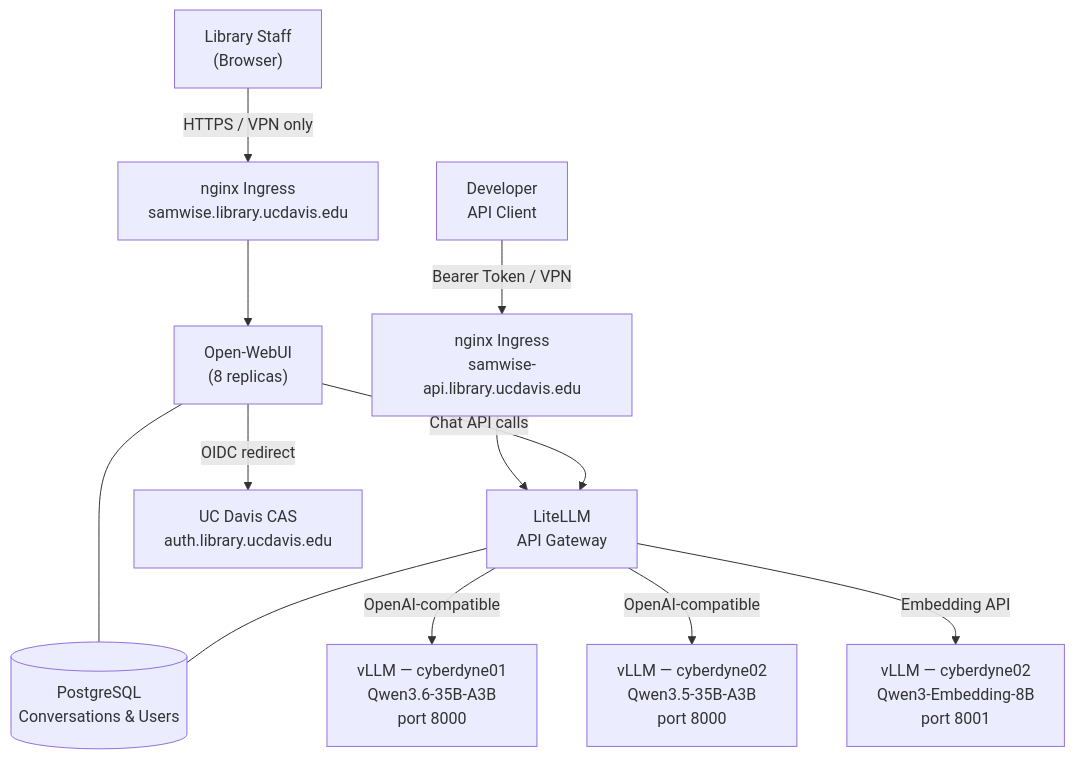
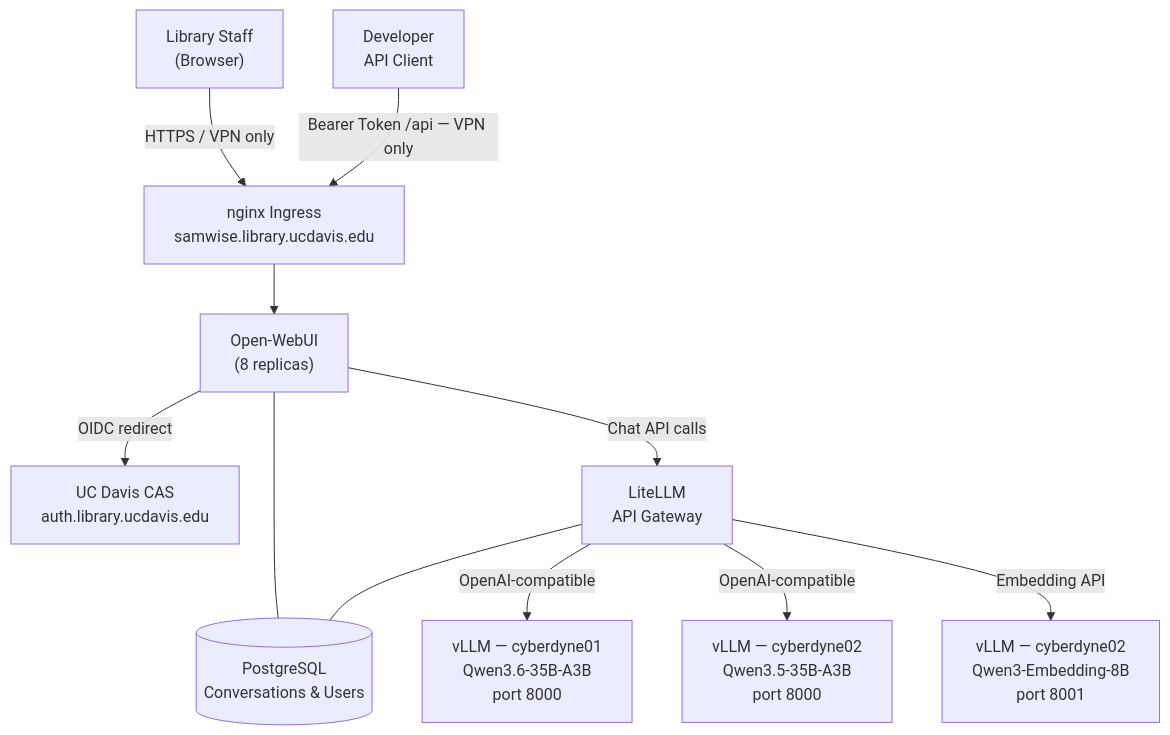
One commit to ucd-library/samwise changed the first of 4 diagrams in README.md. Above: the diagram before and after it, drawn with Mermaid. The commit also changed 2 other files, not shown here.

Commit message:
open webui and litellm deployment updates

````diff
--- a/README.md
+++ b/README.md
@@ -62,17 +62,16 @@
 ```mermaid
 graph TD
-  Staff["Library Staff\n(Browser)"] -->|HTTPS / VPN only| OWUI_Ingress["nginx Ingress\nsamwise.library.ucdavis.edu"]
-  DevClient["Developer\nAPI Client"] -->|Bearer Token / VPN| LiteLLM_Ingress["nginx Ingress\nsamwise-api.library.ucdavis.edu"]
+  Staff["Library Staff\n(Browser)"] -->|HTTPS / VPN only| Ingress["nginx Ingress\nsamwise.library.ucdavis.edu"]
+  DevClient["Developer\nAPI Client"] -->|Bearer Token /api — VPN only| Ingress
 
-  OWUI_Ingress --> OpenWebUI["Open-WebUI\n(8 replicas)"]
-  LiteLLM_Ingress --> LiteLLM
+  Ingress --> OpenWebUI["Open-WebUI\n(8 replicas)"]
 
   OpenWebUI -->|OIDC redirect| CAS["UC Davis CAS\nauth.library.ucdavis.edu"]
   OpenWebUI -->|Chat API calls| LiteLLM["LiteLLM\nAPI Gateway"]
   OpenWebUI --- PG[("PostgreSQL\nConversations & Users")]
   LiteLLM --- PG
 
   LiteLLM -->|OpenAI-compatible| C1_Q36["vLLM — cyberdyne01\nQwen3.6-35B-A3B\nport 8000"]
   LiteLLM -->|OpenAI-compatible| C2_Q35["vLLM — cyberdyne02\nQwen3.5-35B-A3B\nport 8000"]
   LiteLLM -->|Embedding API| C2_EMB["vLLM — cyberdyne02\nQwen3-Embedding-8B\nport 8001"]
 ```
````
